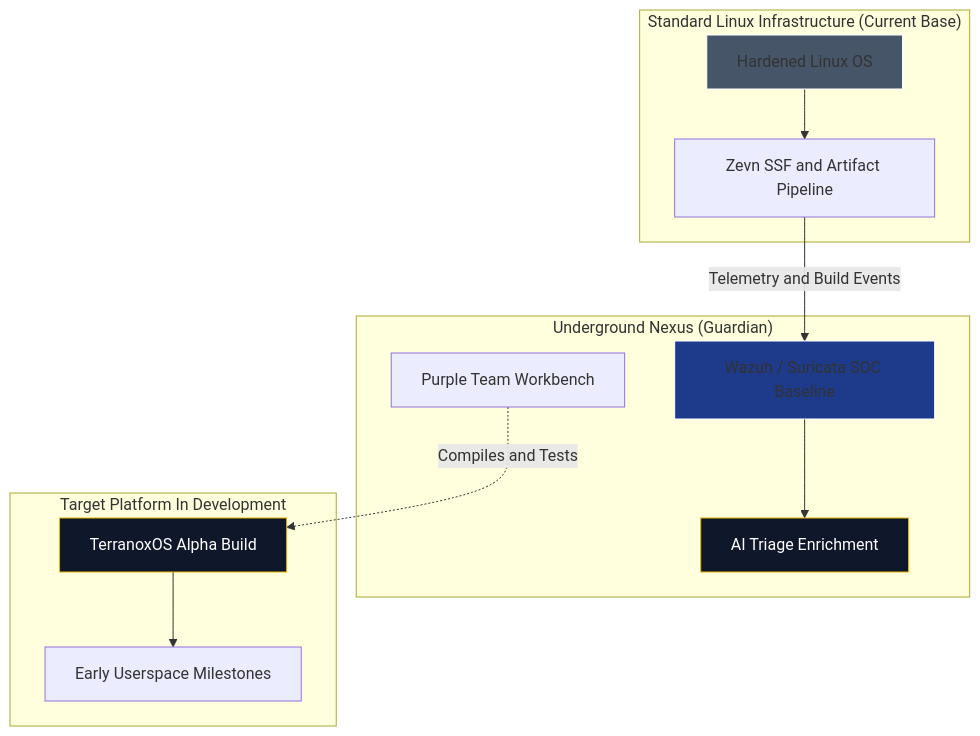
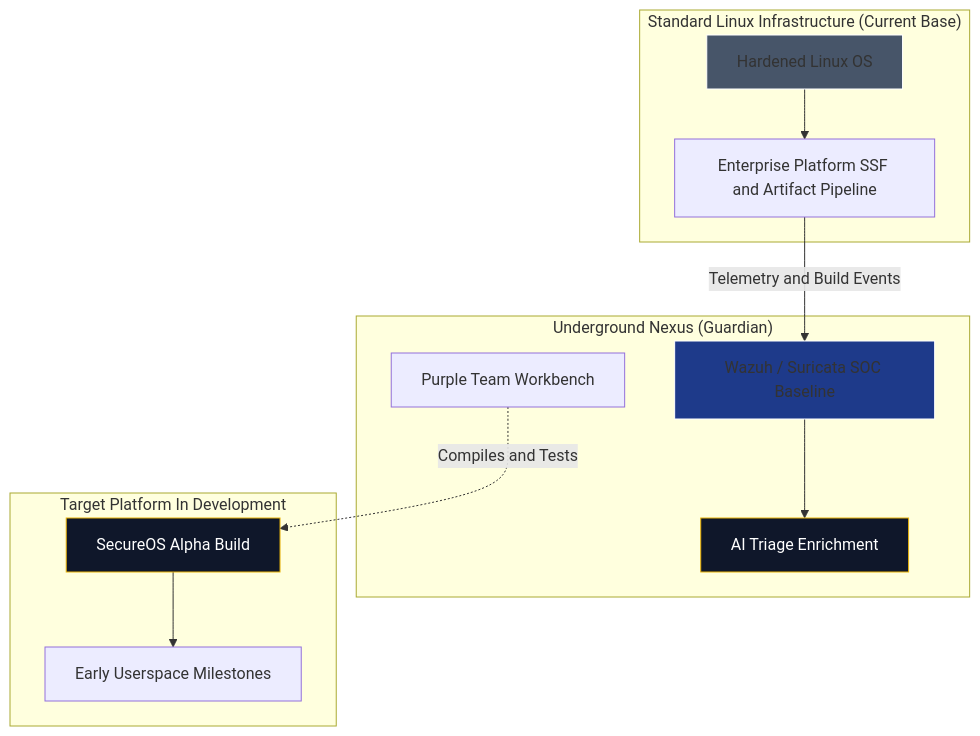
The first of 2 diagrams in docs/architecture/03-phased-implementation-roadmap.md (acald-creator/core-nexus), drawn with Mermaid before and after one commit. The commit also changed other lines of this file and 12 other files, not shown here.

````diff
--- a/docs/architecture/03-phased-implementation-roadmap.md
+++ b/docs/architecture/03-phased-implementation-roadmap.md
@@ -40,28 +40,28 @@
 ```mermaid
 graph TD
     subgraph "Standard Linux Infrastructure (Current Base)"
         A[Hardened Linux OS]
-        B[Zevn SSF and Artifact Pipeline]
+        B[Enterprise Platform SSF and Artifact Pipeline]
         A --> B
     end
 
     subgraph "Underground Nexus (Guardian)"
         C[Wazuh / Suricata SOC Baseline]
         D[AI Triage Enrichment]
         E[Purple Team Workbench]
         B -->|Telemetry and Build Events| C
         C --> D
     end
 
     subgraph "Target Platform In Development"
-        F[TerranoxOS Alpha Build]
+        F[SecureOS Alpha Build]
         G[Early Userspace Milestones]
         F --> G
         E -.->|Compiles and Tests| F
     end
 
     style A fill:#475569,stroke:#fff
     style C fill:#1e3a8a,stroke:#fff
     style D fill:#0f172a,stroke:#eab308,color:#fff
     style F fill:#0f172a,stroke:#eab308,color:#fff
 ```
````
